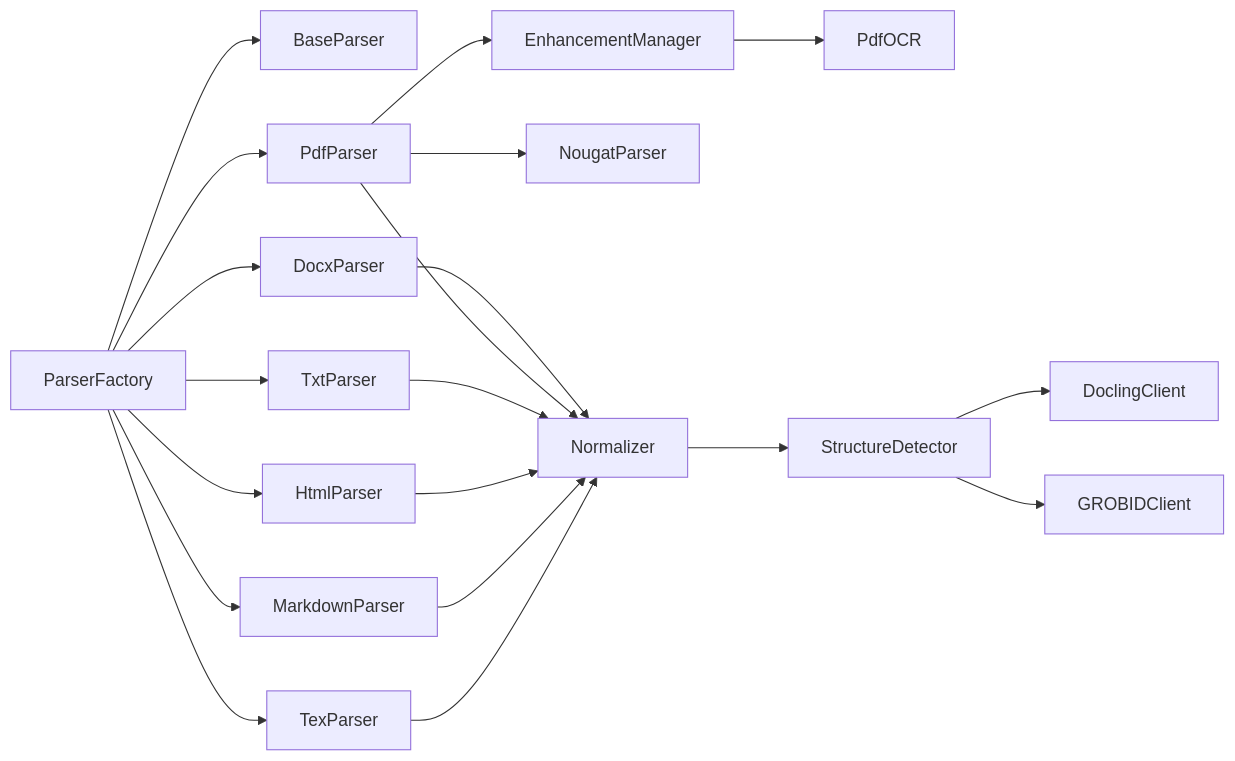
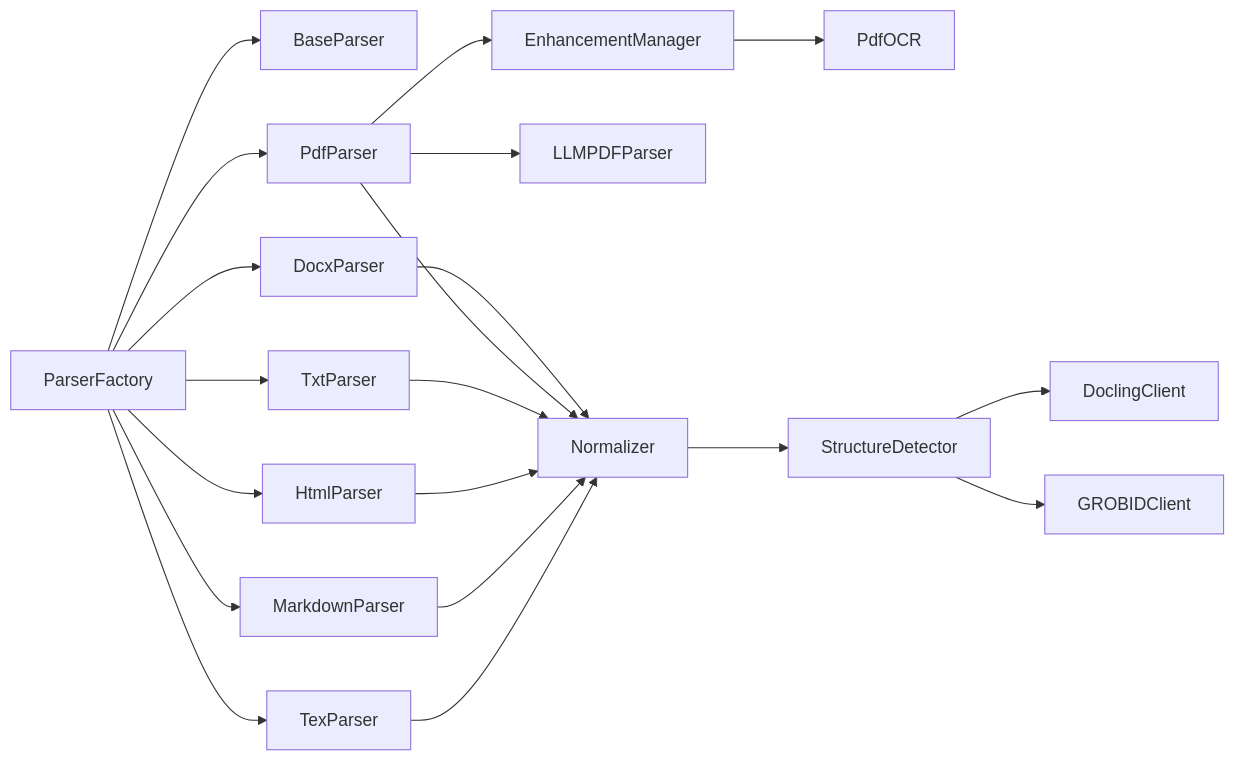
One commit to rohitkumarnaidu/ScholarFormAI changed the sixth of 6 diagrams in .docs/content/Pipeline Processing/Text Extraction.md. Above: the diagram before and after it, drawn with Mermaid. The commit also changed other lines of this file and 3 other files, not shown here.

````diff
--- a/.docs/content/Pipeline Processing/Text Extraction.md
+++ b/.docs/content/Pipeline Processing/Text Extraction.md
@@ -402,22 +402,22 @@
 ```mermaid
 graph LR
 PF["ParserFactory"] --> BP["BaseParser"]
 PF --> DOCX["DocxParser"]
 PF --> PDF["PdfParser"]
 PF --> TXT["TxtParser"]
 PF --> HTML["HtmlParser"]
 PF --> MD["MarkdownParser"]
 PF --> TEX["TexParser"]
 PDF --> EM["EnhancementManager"]
 EM --> OCR["PdfOCR"]
-PDF --> NOUGAT["NougatParser"]
+PDF --> LLMPDF["LLMPDFParser"]
 DOCX --> NORM["Normalizer"]
 PDF --> NORM
 TXT --> NORM
 HTML --> NORM
 MD --> NORM
 TEX --> NORM
 NORM --> STR["StructureDetector"]
 STR --> DL["DoclingClient"]
 STR --> GBD["GROBIDClient"]
 ```
````
